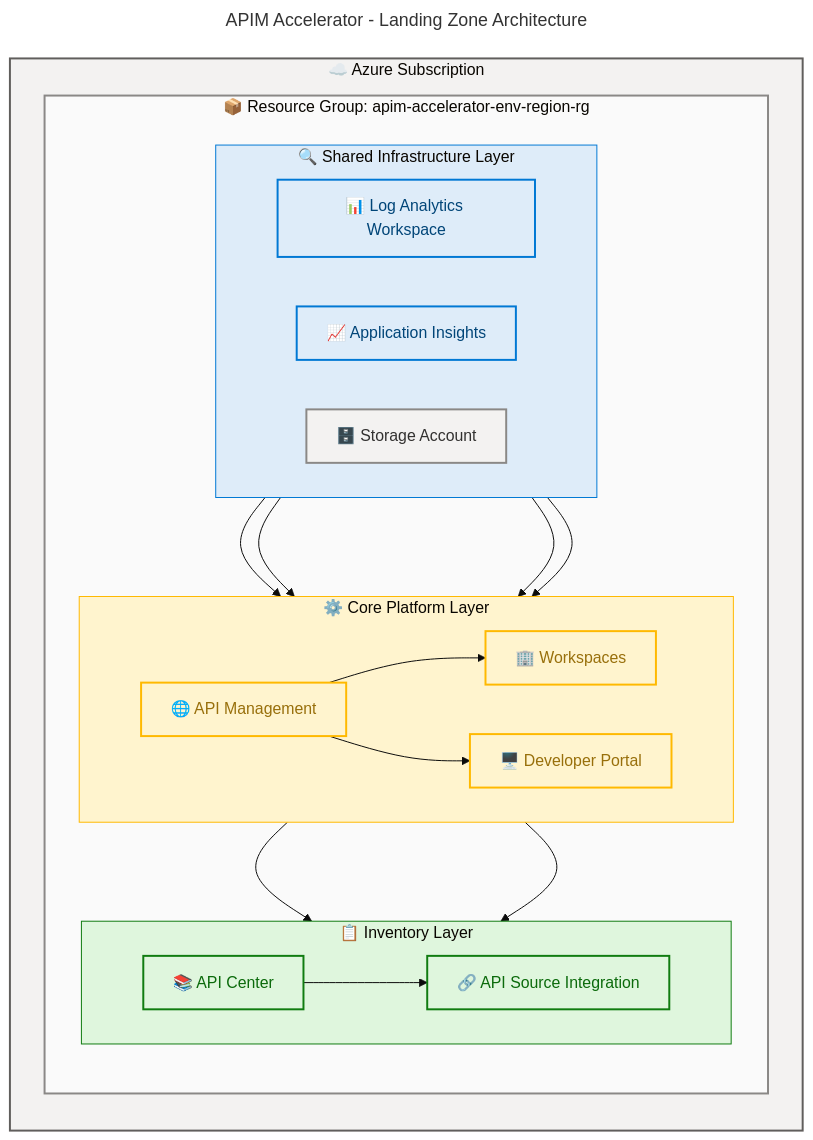
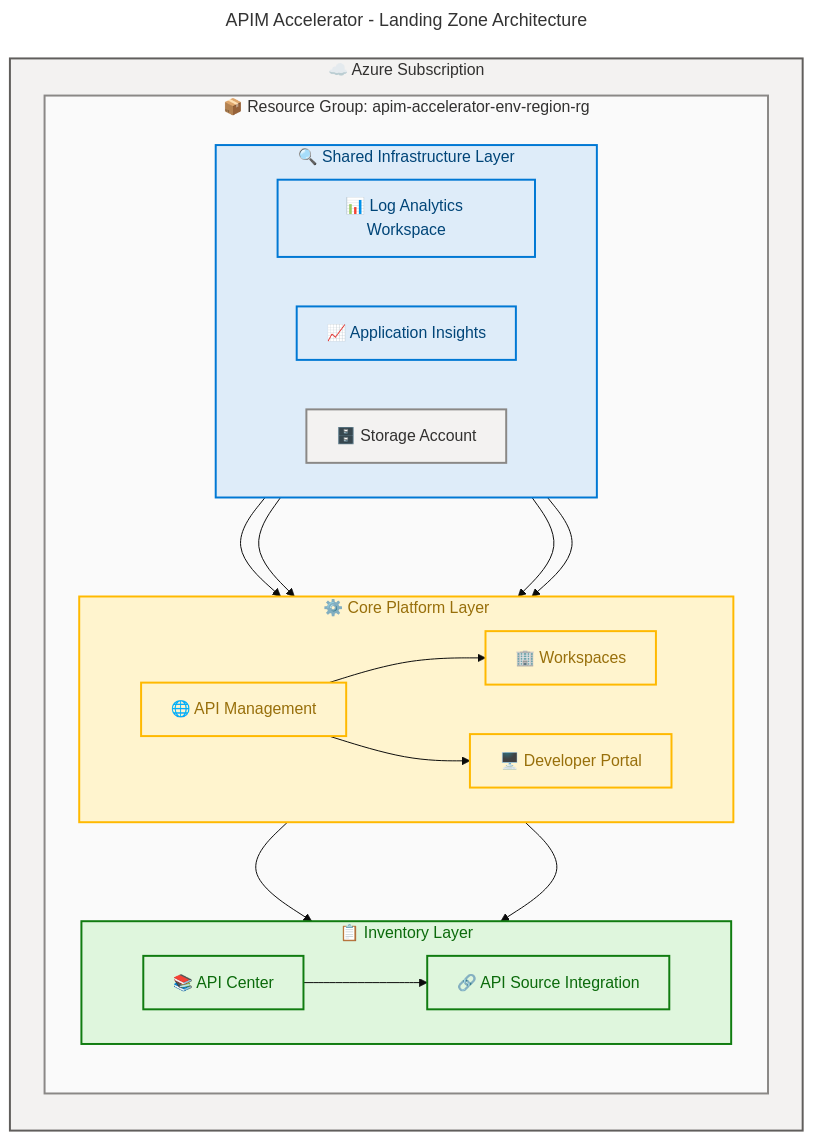
One commit to Evilazaro/APIM-Accelerator changed the diagram in README.md. Above: the diagram before and after it, drawn with Mermaid.

Commit message:
Enhance README.md: Update flowchart styling and add accessibility governance notes for improved clarity and compliance

````diff
--- a/README.md
+++ b/README.md
@@ -37,63 +37,78 @@
 ```mermaid
 ---
 title: "APIM Accelerator - Landing Zone Architecture"
 config:
   theme: base
   look: classic
   layout: dagre
+  themeVariables:
+    fontSize: '16px'
   flowchart:
     htmlLabels: true
 ---
 flowchart TB
     accTitle: APIM Accelerator Landing Zone Architecture
     accDescr: Shows the three-layer deployment architecture with shared monitoring, core API Management platform, and API inventory governance components
+
+    %% ═══════════════════════════════════════════════════════════════════════════
+    %% AZURE / FLUENT ARCHITECTURE PATTERN v1.1
+    %% (Semantic + Structural + Font + Accessibility Governance)
+    %% ═══════════════════════════════════════════════════════════════════════════
+    %% PHASE 1 - STRUCTURAL: Direction explicit, flat topology, nesting ≤ 3
+    %% PHASE 2 - SEMANTIC: Colors justified, max 5 semantic classes, neutral-first
+    %% PHASE 3 - FONT: Dark text on light backgrounds, contrast ≥ 4.5:1
+    %% PHASE 4 - ACCESSIBILITY: accTitle/accDescr present, icons on all nodes
+    %% PHASE 5 - STANDARD: Governance block present, classDefs centralized
+    %% ═══════════════════════════════════════════════════════════════════════════
 
     subgraph azure["☁️ Azure Subscription"]
         direction TB
 
         subgraph rg["📦 Resource Group: apim-accelerator-env-region-rg"]
             direction TB
 
             subgraph shared["🔍 Shared Infrastructure Layer"]
                 direction LR
-                law["📊 Log Analytics Workspace"]:::core
-                ai["📈 Application Insights"]:::core
+                law["📊 Log Analytics Workspace"]:::monitoring
+                ai["📈 Application Insights"]:::monitoring
                 sa["🗄️ Storage Account"]:::data
             end
 
             subgraph core["⚙️ Core Platform Layer"]
                 direction LR
                 apim["🌐 API Management"]:::primary
                 ws["🏢 Workspaces"]:::primary
                 dp["🖥️ Developer Portal"]:::primary
             end
 
             subgraph inventory["📋 Inventory Layer"]
                 direction LR
                 ac["📚 API Center"]:::success
                 acsrc["🔗 API Source Integration"]:::success
             end
         end
     end
 
     shared --> core
     core --> inventory
     law --> apim
     ai --> apim
     sa --> apim
     apim --> ws
     apim --> dp
     apim --> ac
     ac --> acsrc
 
-    style azure fill:#F3F2F1,stroke:#605E5C,stroke-width:2px
-    style rg fill:#FAFAFA,stroke:#8A8886,stroke-width:2px
-    style shared fill:#DEECF9,stroke:#0078D4,stroke-width:1px
-    style core fill:#FFF4CE,stroke:#FFB900,stroke-width:1px
-    style inventory fill:#DFF6DD,stroke:#107C10,stroke-width:1px
+    %% Subgraph styling (5 subgraphs = 5 style directives)
+    style azure fill:#F3F2F1,stroke:#605E5C,stroke-width:2px,color:#323130
+    style rg fill:#FAFAFA,stroke:#8A8886,stroke-width:2px,color:#323130
+    style shared fill:#DEECF9,stroke:#0078D4,stroke-width:2px,color:#004578
+    style core fill:#FFF4CE,stroke:#FFB900,stroke-width:2px,color:#986F0B
+    style inventory fill:#DFF6DD,stroke:#107C10,stroke-width:2px,color:#0B6A0B
 
+    %% classDef declarations (centralized at end for pattern compliance)
     classDef primary fill:#FFF4CE,stroke:#FFB900,stroke-width:2px,color:#986F0B
-    classDef core fill:#DEECF9,stroke:#0078D4,stroke-width:2px,color:#004578
+    classDef monitoring fill:#DEECF9,stroke:#0078D4,stroke-width:2px,color:#004578
     classDef data fill:#F3F2F1,stroke:#8A8886,stroke-width:2px,color:#323130
     classDef success fill:#DFF6DD,stroke:#107C10,stroke-width:2px,color:#0B6A0B
 ```
````
